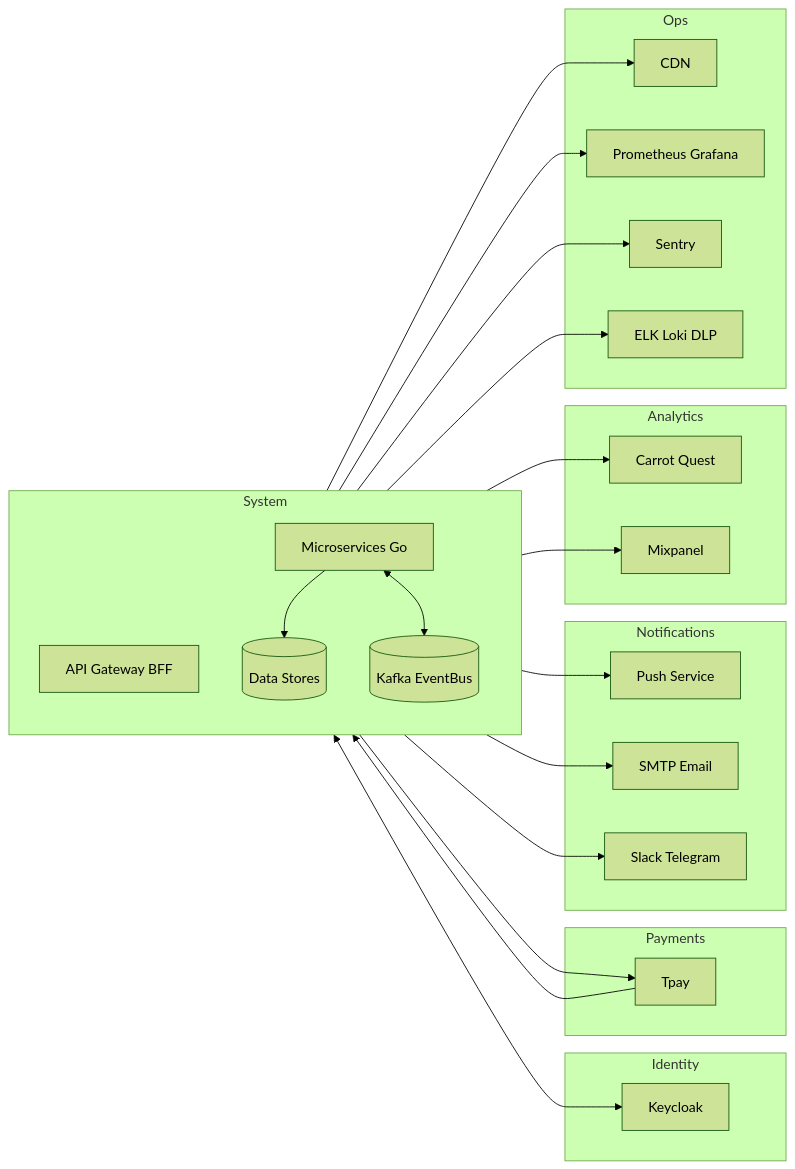
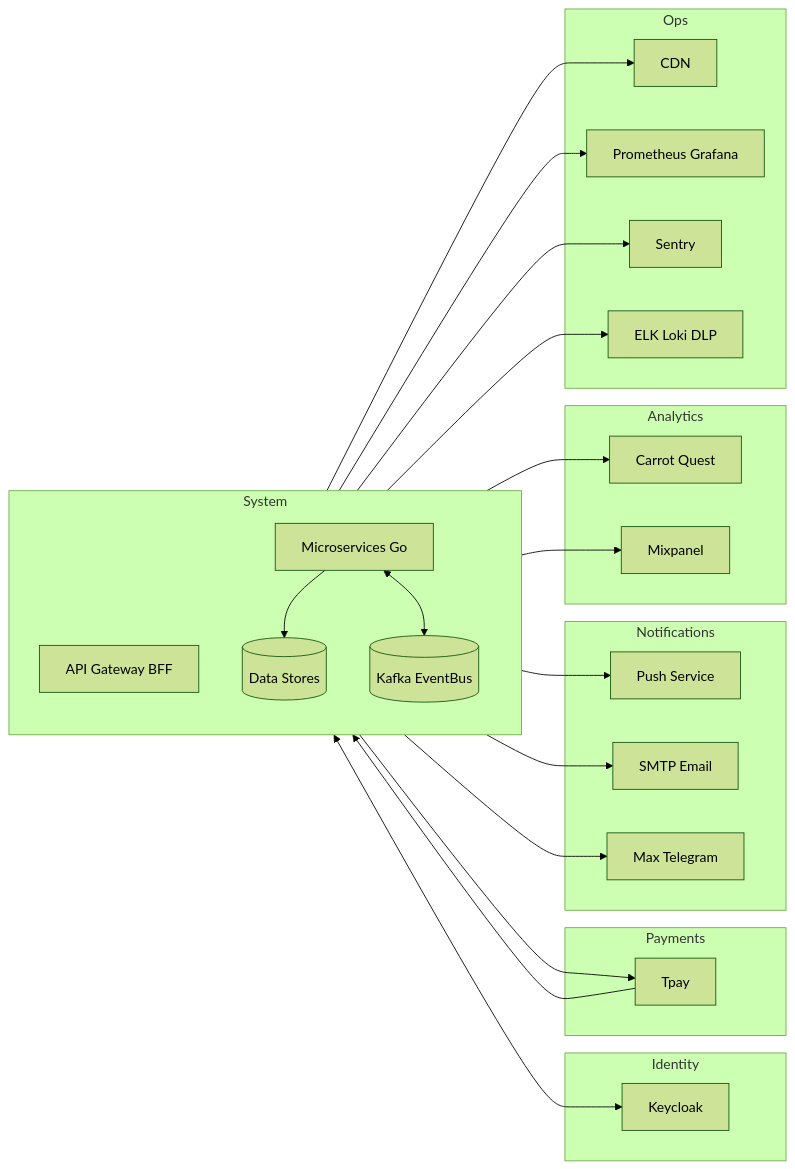
Before and after one commit to dvsnin/interactive-whiteboard-docs: the diagram in Проектирование-ИС/03-Взаимосвязи-со-внешними-системами/README.md, drawn with Mermaid (forest theme). The commit also changed other lines of this file, not shown here.

Commit message:
[Проектирование-ИС] fix

````diff
--- a/Проектирование-ИС/03-Взаимосвязи-со-внешними-системами/README.md
+++ b/Проектирование-ИС/03-Взаимосвязи-со-внешними-системами/README.md
@@ -24,61 +24,61 @@
 ```mermaid
 flowchart LR
     %% Внешние блоки слева
     subgraph IdP[Identity]
         KC[Keycloak]
     end
 
     subgraph Pay[Payments]
         Tpay[Tpay]
     end
 
     %% Центральная система
     subgraph Core[System]
         direction TB
         Gateway[API Gateway BFF]
         Services[Microservices Go]
         Data[(Data Stores)]
         Bus[(Kafka EventBus)]
     end
 
     %% Внешние блоки справа
     subgraph Notify[Notifications]
         Push[Push Service]
         Mail[SMTP Email]
-        Chats[Slack Telegram]
+        Chats[Max Telegram]
     end
 
     subgraph Analytics[Analytics]
         Carrot[Carrot Quest]
         Mix[Mixpanel]
     end
 
     subgraph Ops[Ops]
         CDN[CDN]
         Mon[Prometheus Grafana]
         Sentry[Sentry]
         Logs[ELK Loki DLP]
     end
 
     %% Потоки
     Gateway <--> KC
     Services --> Tpay
     Tpay --> Services
     Services --> Data
     Services <--> Bus
 
     %% Уведомления и аналитика через EventBus
     Bus --> Push
     Bus --> Mail
     Bus --> Chats
     Bus --> Carrot
     Bus --> Mix
 
     %% Экспорт статики/медиа
     Data --> CDN
 
     %% Мониторинг и ошибки
     Services --> Mon
     Services --> Sentry
     Services --> Logs
 ```
````
